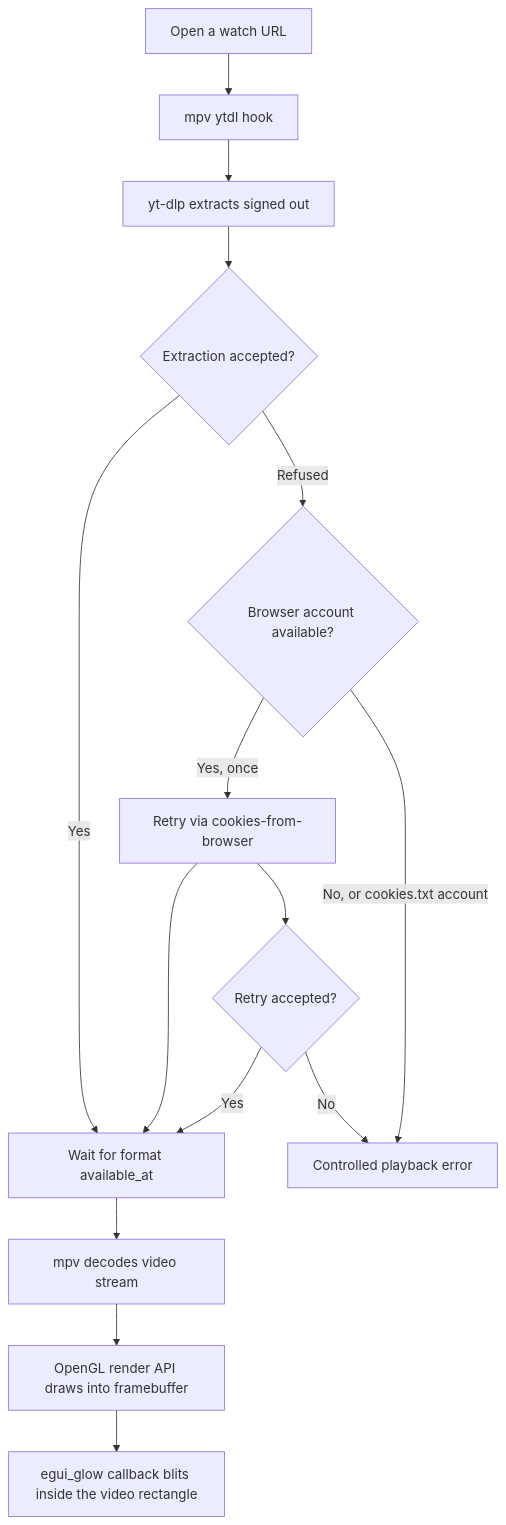
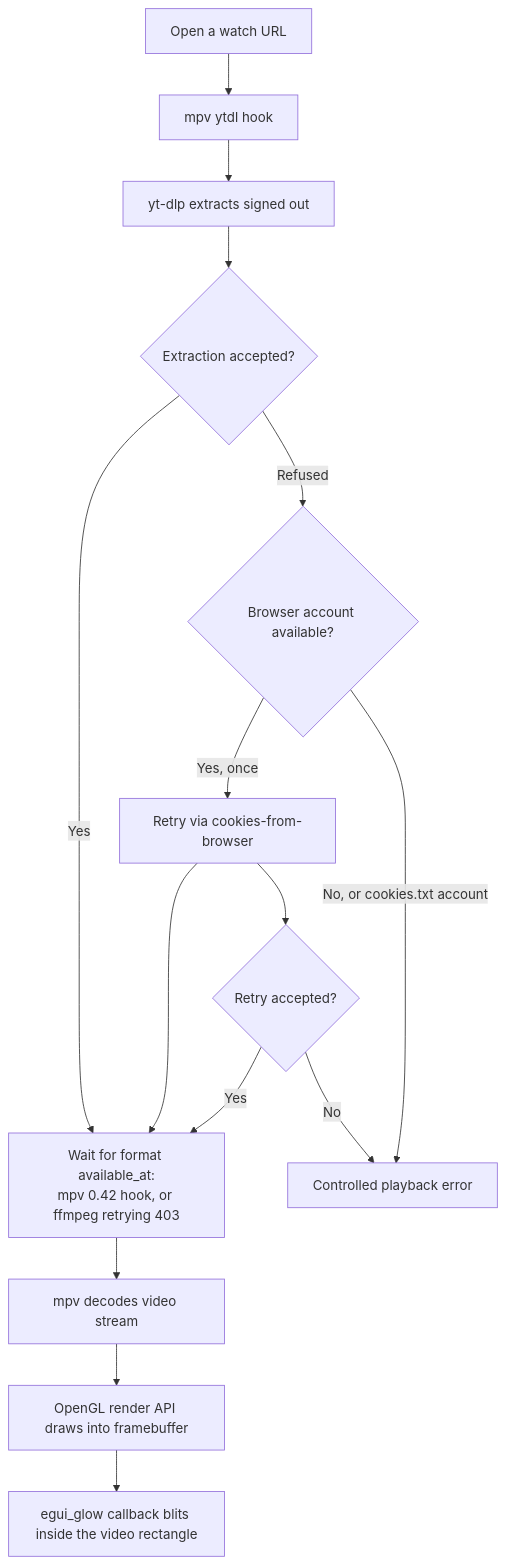
One commit to bcosta19/youtfast changed the third of 10 diagrams in docs/ARCHITECTURE.md. Above: the diagram before and after it, drawn with Mermaid. The commit also changed other lines of this file and 10 other files, not shown here.

````diff
--- a/docs/ARCHITECTURE.md
+++ b/docs/ARCHITECTURE.md
@@ -105,17 +105,17 @@
 ```mermaid
 flowchart TB
     Open[Open a watch URL] --> Hook[mpv ytdl hook]
     Hook --> Extract[yt-dlp extracts signed out]
     Extract --> Result{Extraction accepted?}
-    Result -->|Yes| Wait[Wait for format available_at]
+    Result -->|Yes| Wait[Wait for format available_at:<br/>mpv 0.42 hook, or ffmpeg retrying 403]
     Result -->|Refused| Account{Browser account available?}
     Account -->|Yes, once| Retry[Retry via cookies-from-browser]
     Retry --> Wait
     Account -->|No, or cookies.txt account| Error[Controlled playback error]
     Retry --> RetryResult{Retry accepted?}
     RetryResult -->|Yes| Wait
     RetryResult -->|No| Error
     Wait --> Decode[mpv decodes video stream]
     Decode --> FBO[OpenGL render API draws into framebuffer]
     FBO --> Blit[egui_glow callback blits inside the video rectangle]
 ```
````
